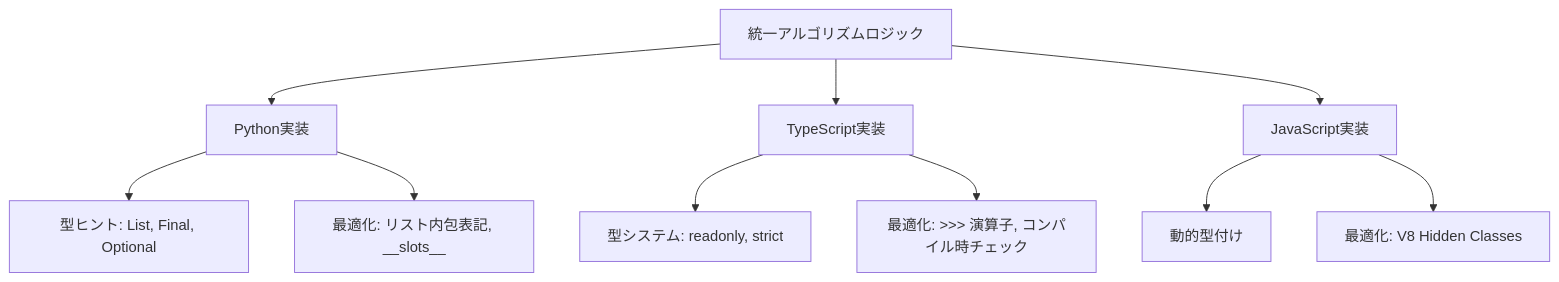
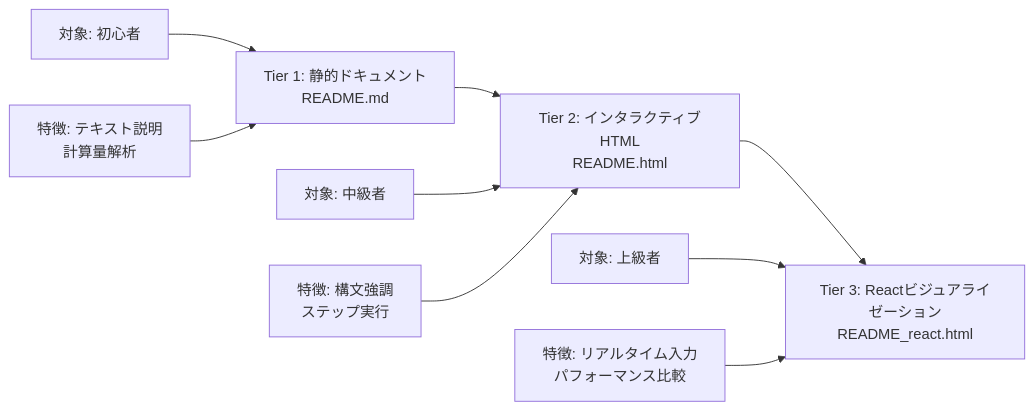
One commit to myoshi2891/Algorithm-DataStructures-Math-SQL changed the second of 3 diagrams in README.md. Above: the diagram before and after it, drawn with Mermaid. The commit also changed other lines of this file, not shown here.

````diff
--- a/README.md
+++ b/README.md
@@ -92,15 +186,13 @@
 ```mermaid
-graph TD
-    A[統一アルゴリズムロジック] --> B[Python実装]
-    A --> C[TypeScript実装]
-    A --> D[JavaScript実装]
-
-    B --> B1[型ヒント: List, Final, Optional]
-    B --> B2[最適化: リスト内包表記, __slots__]
-
-    C --> C1[型システム: readonly, strict]
-    C --> C2[最適化: >>> 演算子, コンパイル時チェック]
-
-    D --> D1[動的型付け]
-    D --> D2[最適化: V8 Hidden Classes]
+graph LR
+    A[Tier 1: 静的ドキュメント<br/>README.md] --> B[Tier 2: インタラクティブHTML<br/>README.html]
+    B --> C[Tier 3: Reactビジュアライゼーション<br/>README_react.html]
+    
+    A1[対象: 初心者] --> A
+    B1[対象: 中級者] --> B
+    C1[対象: 上級者] --> C
+    
+    A2[特徴: テキスト説明<br/>計算量解析] --> A
+    B2[特徴: 構文強調<br/>ステップ実行] --> B
+    C2[特徴: リアルタイム入力<br/>パフォーマンス比較] --> C
 ```
````
